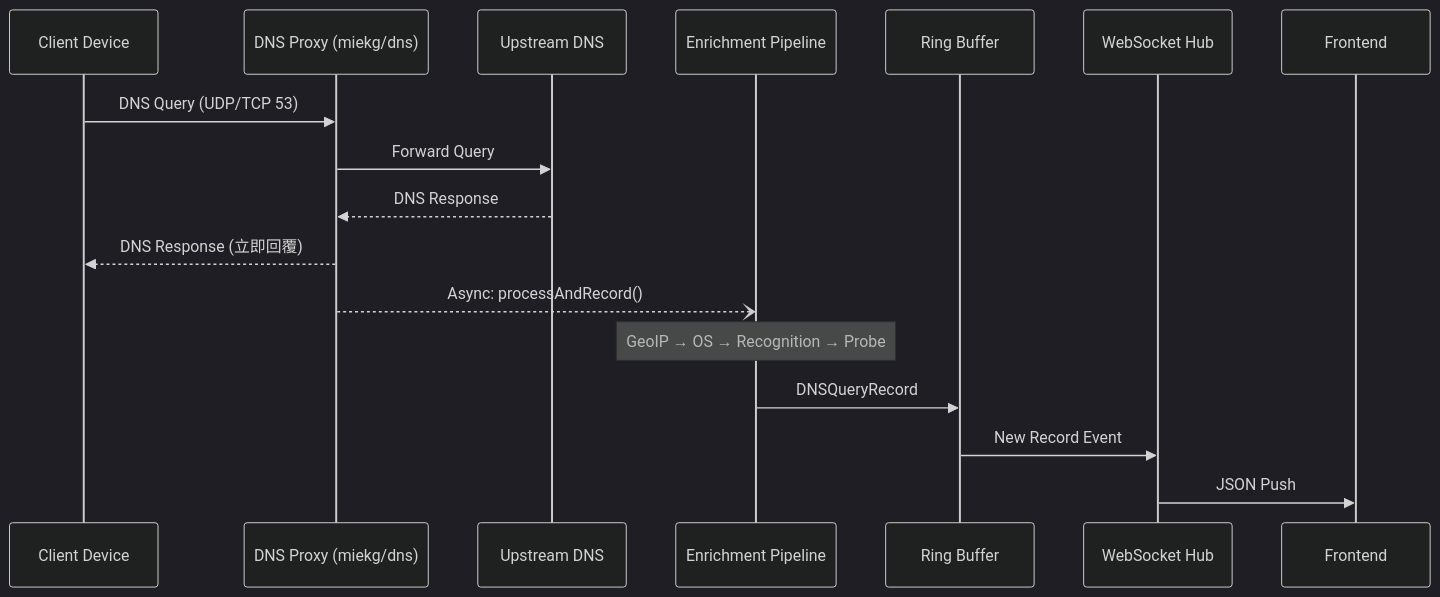
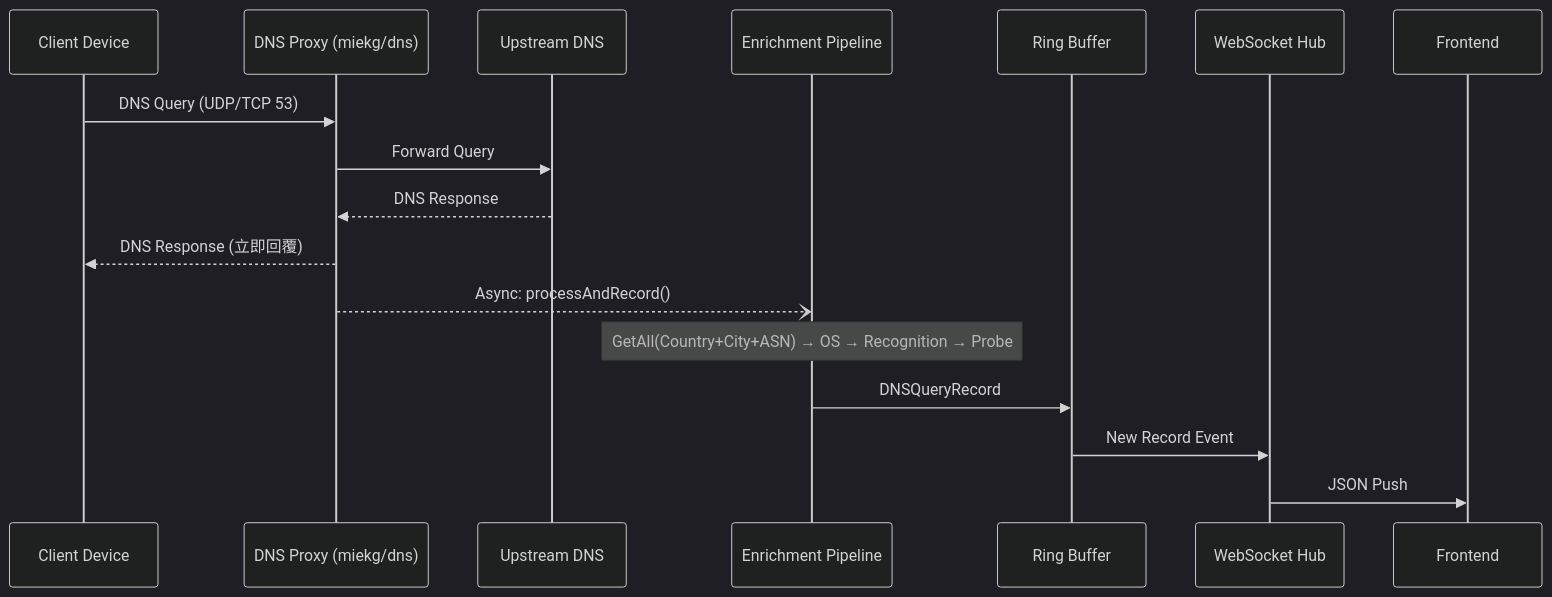
One commit to zeroflare/ocf-srrt changed the first of 4 diagrams in doc/06_runtime_view.md. Above: the diagram before and after it, drawn with Mermaid (dark theme). The commit also changed other lines of this file and 25 other files, not shown here.

````diff
--- a/doc/06_runtime_view.md
+++ b/doc/06_runtime_view.md
@@ -14,20 +14,20 @@
 ```mermaid
 sequenceDiagram
     participant C as Client Device
     participant D as DNS Proxy (miekg/dns)
     participant U as Upstream DNS
     participant E as Enrichment Pipeline
     participant B as Ring Buffer
     participant W as WebSocket Hub
     participant F as Frontend
 
     C->>D: DNS Query (UDP/TCP 53)
     D->>U: Forward Query
     U-->>D: DNS Response
     D-->>C: DNS Response (立即回覆)
     D--)E: Async: processAndRecord()
-    Note over E: GeoIP → OS → Recognition → Probe
+    Note over E: GetAll(Country+City+ASN) → OS → Recognition → Probe
     E->>B: DNSQueryRecord
     B->>W: New Record Event
     W->>F: JSON Push
 ```
````
